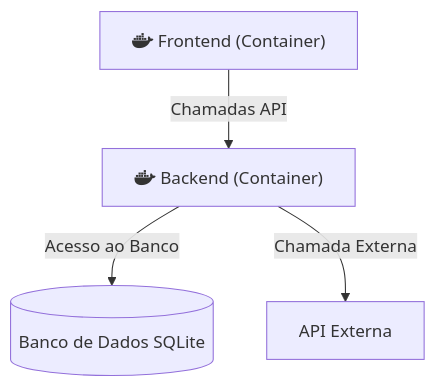
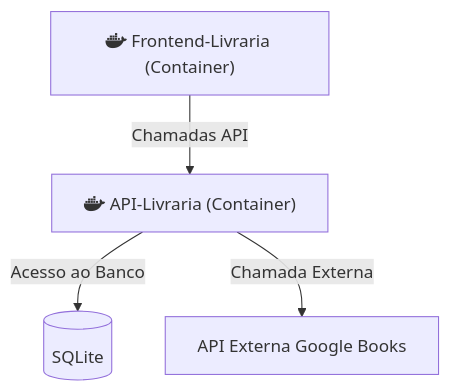
One commit to lphillipe/api_livraria_sprint2 changed the diagram in README.md. Above: the diagram before and after it, drawn with Mermaid.

Commit message:
Atualização

````diff
--- a/README.md
+++ b/README.md
@@ -58,9 +58,9 @@
 ```mermaid
 graph TD
-    FE["<i class='fab fa-docker'></i> Frontend (Container)"] -- Chamadas API --> BE;
-    BE["<i class='fab fa-docker'></i> Backend (Container)"] -- Acesso ao Banco --> DB;
+    FE["<i class='fab fa-docker'></i> Frontend-Livraria (Container)"] -- Chamadas API --> BE;
+    BE["<i class='fab fa-docker'></i> API-Livraria (Container)"] -- Acesso ao Banco --> DB;
     %% Ou talvez fa:fa-docker FE -- ... --> BE ...
-    DB[(Banco de Dados SQLite)];
-    ExtAPI[API Externa];
+    DB[(SQLite)];
+    ExtAPI[API Externa Google Books];
     BE -- Chamada Externa --> ExtAPI;
 ```
````
